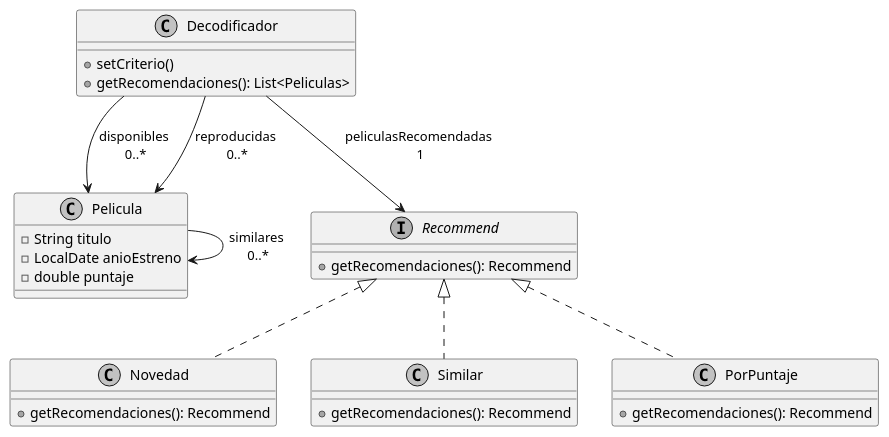
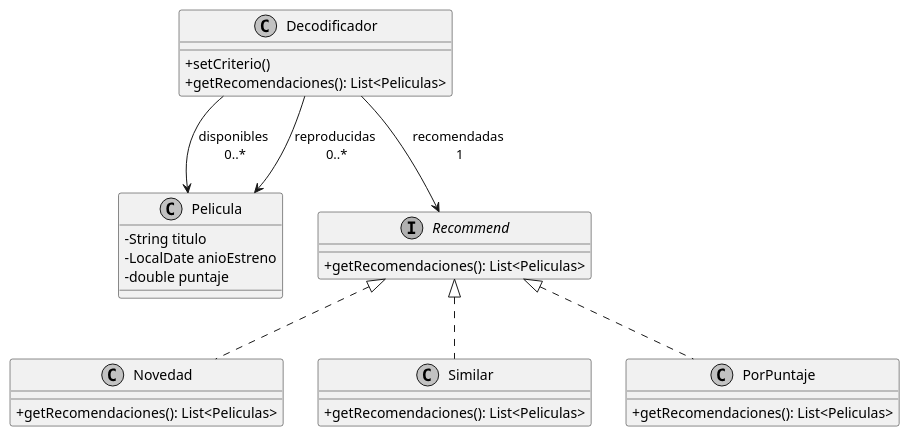
One commit to cd-paliv/oo2 changed the diagram in src/main/java/practica3/ejercicio4/ej4.wsd. Above: the diagram before and after it, drawn with PlantUML. The commit also changed 5 other files, not shown here.

```diff
--- a/src/main/java/practica3/ejercicio4/ej4.wsd
+++ b/src/main/java/practica3/ejercicio4/ej4.wsd
@@ -1,41 +1,37 @@
 @startuml ej4
 skinparam Monochrome true
-skinparam classAttributeIconSize 0 //para que los modificadores aparezcan como expresiones
+skinparam classAttributeIconSize 0 
 
 class Decodificador{
  +setCriterio()
  +getRecomendaciones(): List<Peliculas>
 }
 
 Decodificador --> Pelicula : disponibles \n0..*
 Decodificador --> Pelicula : reproducidas \n0..*
-Decodificador --> Recommend : peliculasRecomendadas \n1
+Decodificador --> Recommend : recomendadas \n1
 
 class Pelicula{
  -String titulo
  -LocalDate anioEstreno
  -double puntaje
 }
 
-Pelicula --> Pelicula : similares \n0..*
-
 interface Recommend{
- +getRecomendaciones(): Recommend
+ +getRecomendaciones(): List<Peliculas>
 }
 
 class Novedad{
- +getRecomendaciones(): Recommend
+ +getRecomendaciones(): List<Peliculas>
 }
-
 class Similar{
- +getRecomendaciones(): Recommend
+ +getRecomendaciones(): List<Peliculas>
 }
-
 class PorPuntaje{
- +getRecomendaciones(): Recommend
+ +getRecomendaciones(): List<Peliculas>
 }
 
 Recommend <|.. Novedad
 Recommend <|.. Similar
 Recommend <|.. PorPuntaje
 @enduml
```
